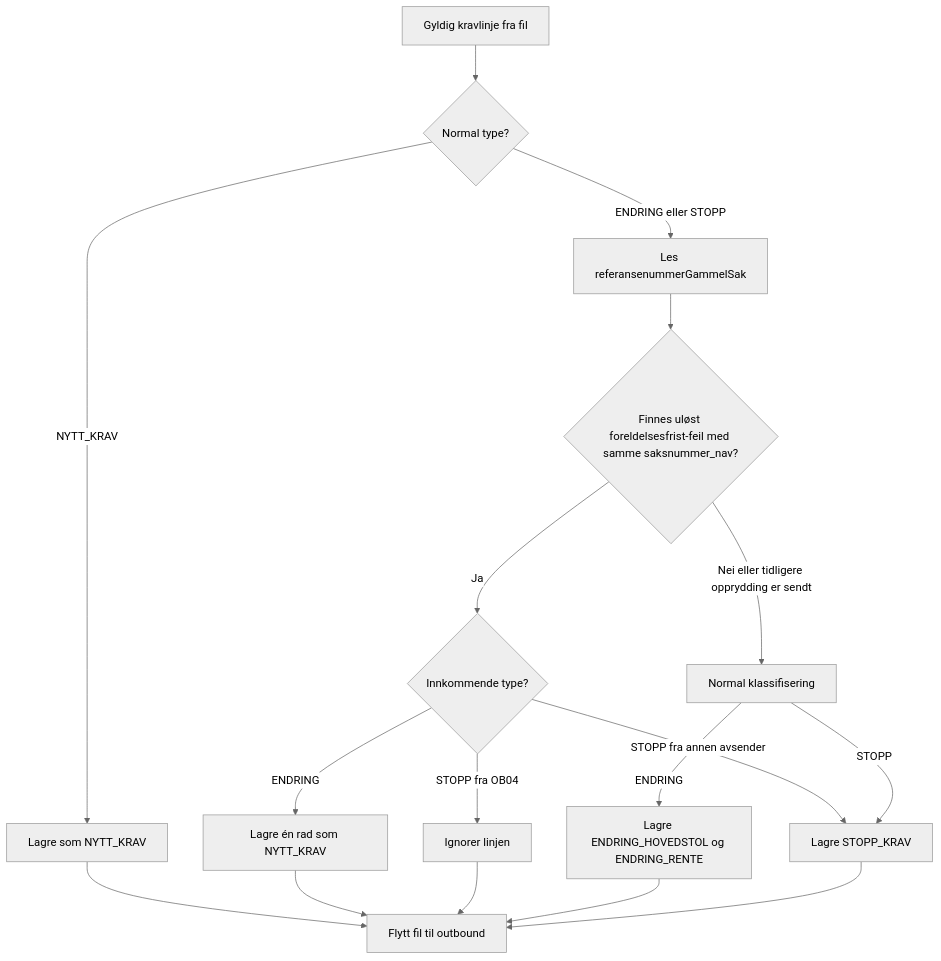
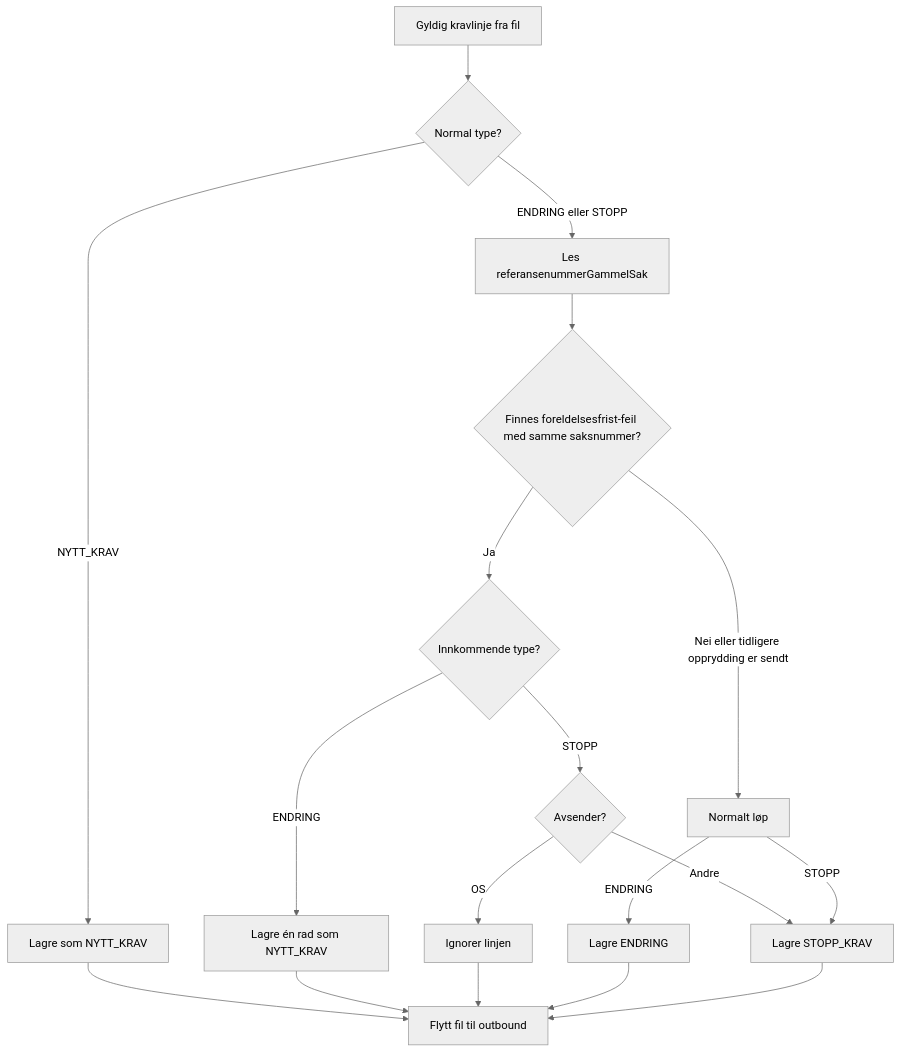
One commit to navikt/sokos-ske-krav changed the first of 2 diagrams in dokumentasjon/Oppryddingsspor_foreldelsesfrist.md. Above: the diagram before and after it, drawn with Mermaid (neutral theme). The commit also changed other lines of this file and 13 other files, not shown here.

````diff
--- a/dokumentasjon/Oppryddingsspor_foreldelsesfrist.md
+++ b/dokumentasjon/Oppryddingsspor_foreldelsesfrist.md
@@ -21,19 +21,20 @@
 ```mermaid
 flowchart TD
     A[Gyldig kravlinje fra fil] --> B{Normal type?}
     B -->|NYTT_KRAV| N[Lagre som NYTT_KRAV]
     B -->|ENDRING eller STOPP| C[Les referansenummerGammelSak]
-    C --> D{Finnes uløst foreldelsesfrist-feil med samme saksnummer_nav?}
-    D -->|Nei eller tidligere opprydding er sendt| E[Normal klassifisering]
+    C --> D{Finnes foreldelsesfrist-feil med samme saksnummer?}
+    D -->|Nei eller tidligere opprydding er sendt| E[Normalt løp]
     D -->|Ja| G{Innkommende type?}
     G -->|ENDRING| H[Lagre én rad som NYTT_KRAV]
-    G -->|STOPP fra OB04| I[Ignorer linjen]
-    G -->|STOPP fra annen avsender| K
-    E -->|ENDRING| J[Lagre ENDRING_HOVEDSTOL og ENDRING_RENTE]
+    G -->|STOPP| M{Avsender?}
+    M -->|OS| I[Ignorer linjen]
+    M -->|Andre| K[Lagre STOPP_KRAV]
+    E -->|ENDRING| J[Lagre ENDRING]
     E -->|STOPP| K[Lagre STOPP_KRAV]
     N --> L[Flytt fil til outbound]
     H --> L
     I --> L
     J --> L
     K --> L
 ```
````
